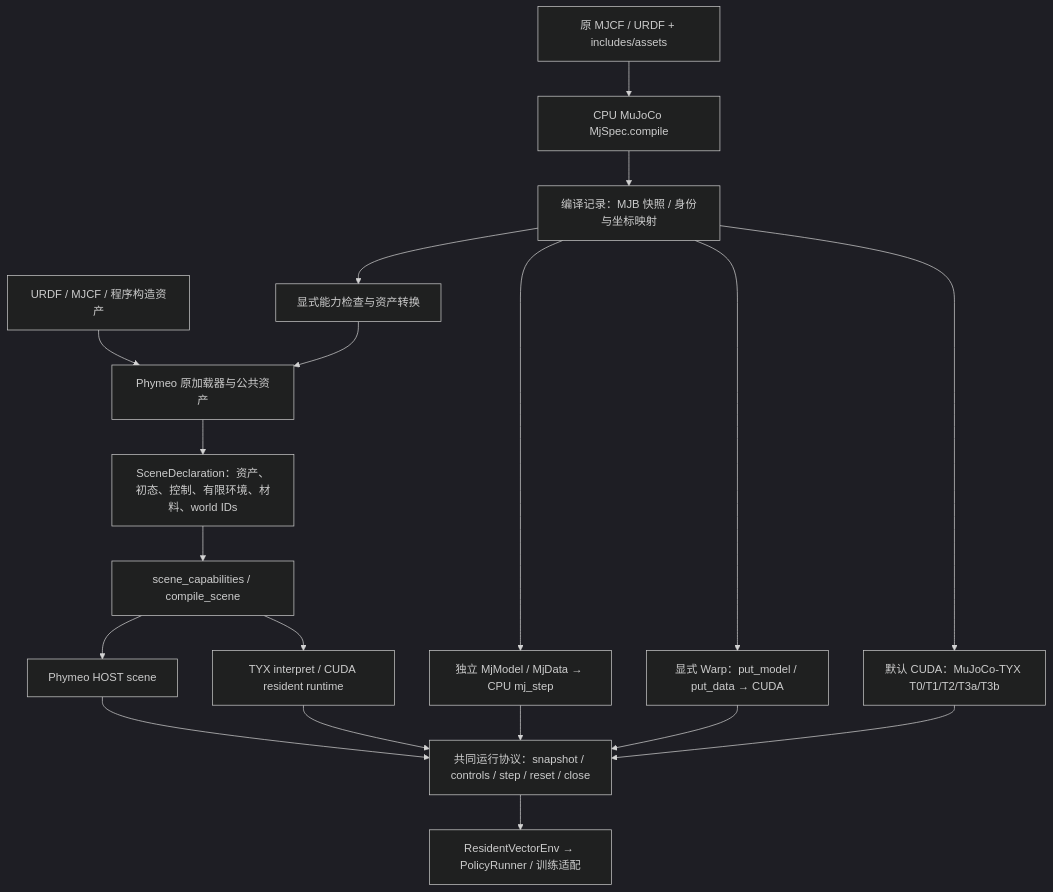
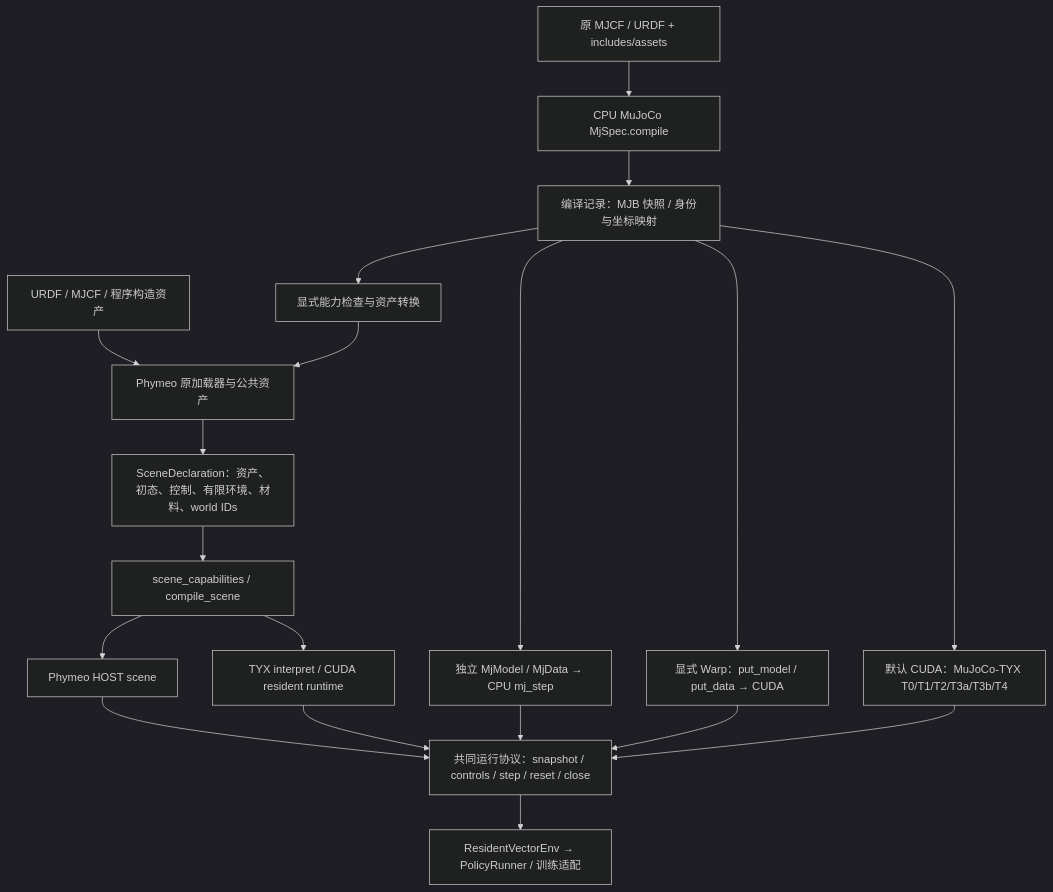
Before and after one commit to ChenxrC/phymeo: the first of 2 diagrams in docs/architecture/unified-scene-compilation.md, drawn with Mermaid (dark theme). The commit also changed other lines of this file and 6 other files, not shown here.

````diff
--- a/docs/architecture/unified-scene-compilation.md
+++ b/docs/architecture/unified-scene-compilation.md
@@ -5,21 +5,21 @@
 ```mermaid
 flowchart TD
   A[URDF / MJCF / 程序构造资产] --> B[Phymeo 原加载器与公共资产]
   C[原 MJCF / URDF + includes/assets] --> D[CPU MuJoCo MjSpec.compile]
   D --> E[编译记录：MJB 快照 / 身份与坐标映射]
   E --> F[显式能力检查与资产转换]
   F --> B
   B --> G[SceneDeclaration：资产、初态、控制、有限环境、材料、world IDs]
   G --> H[scene_capabilities / compile_scene]
   H --> I[Phymeo HOST scene]
   H --> J[TYX interpret / CUDA resident runtime]
   E --> K[独立 MjModel / MjData → CPU mj_step]
   E --> L[显式 Warp：put_model / put_data → CUDA]
-  E --> T[默认 CUDA：MuJoCo-TYX T0/T1/T2/T3a/T3b]
+  E --> T[默认 CUDA：MuJoCo-TYX T0/T1/T2/T3a/T3b/T4]
   I --> M[共同运行协议：snapshot / controls / step / reset / close]
   J --> M
   K --> M
   L --> M
   T --> M
   M --> N[ResidentVectorEnv → PolicyRunner / 训练适配]
 ```
````
